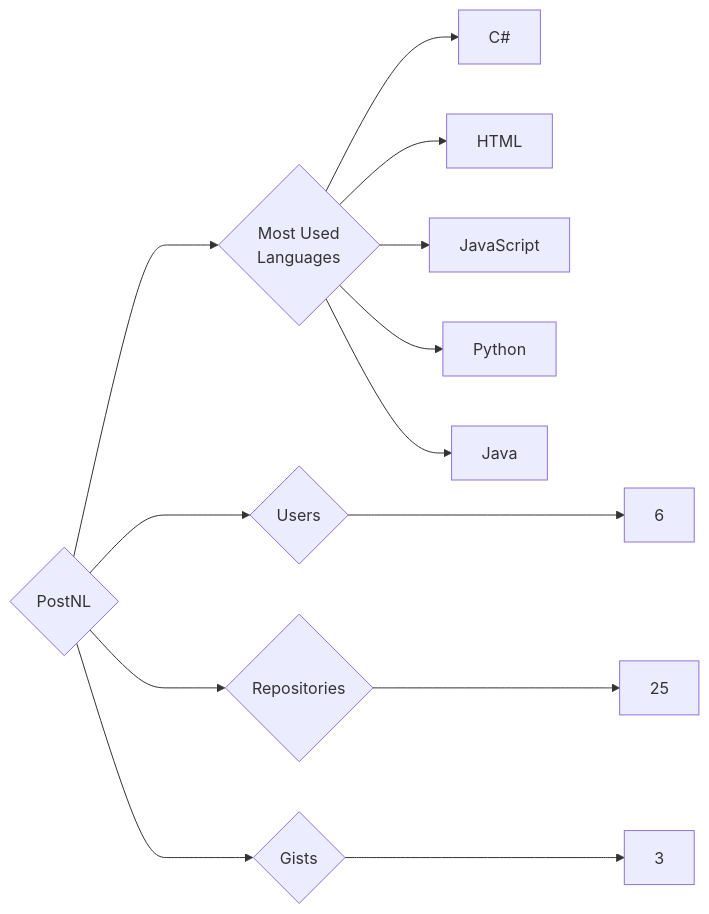
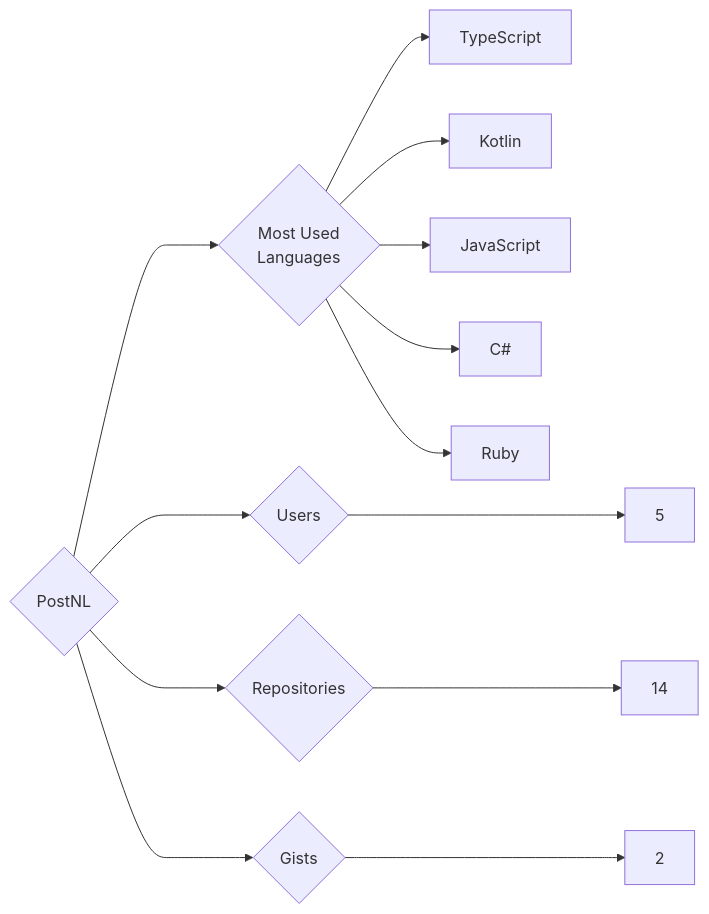
Before and after one commit to trickest/insiders: the diagram in targets/PostNL/README.md, drawn with Mermaid. The commit also changed 912 other files, not shown here.

````diff
--- a/targets/PostNL/README.md
+++ b/targets/PostNL/README.md
@@ -3,13 +3,13 @@
 ```mermaid
 graph LR
 COMPANY_NAME{PostNL}
-COMPANY_NAME ---> U{Users} ---> UN[6]
-COMPANY_NAME ---> R{Repositories} ---> RN[25]
-COMPANY_NAME ---> G{Gists} ---> GN[3]
+COMPANY_NAME ---> U{Users} ---> UN[5]
+COMPANY_NAME ---> R{Repositories} ---> RN[14]
+COMPANY_NAME ---> G{Gists} ---> GN[2]
 COMPANY_NAME ---> ML{Most Used<br>Languages}
+ML --> TypeScript[TypeScript]
+ML --> Kotlin[Kotlin]
+ML --> JavaScript[JavaScript]
 ML --> C#[C#]
-ML --> HTML[HTML]
-ML --> JavaScript[JavaScript]
-ML --> Python[Python]
-ML --> Java[Java]
+ML --> Ruby[Ruby]
 ```
````
